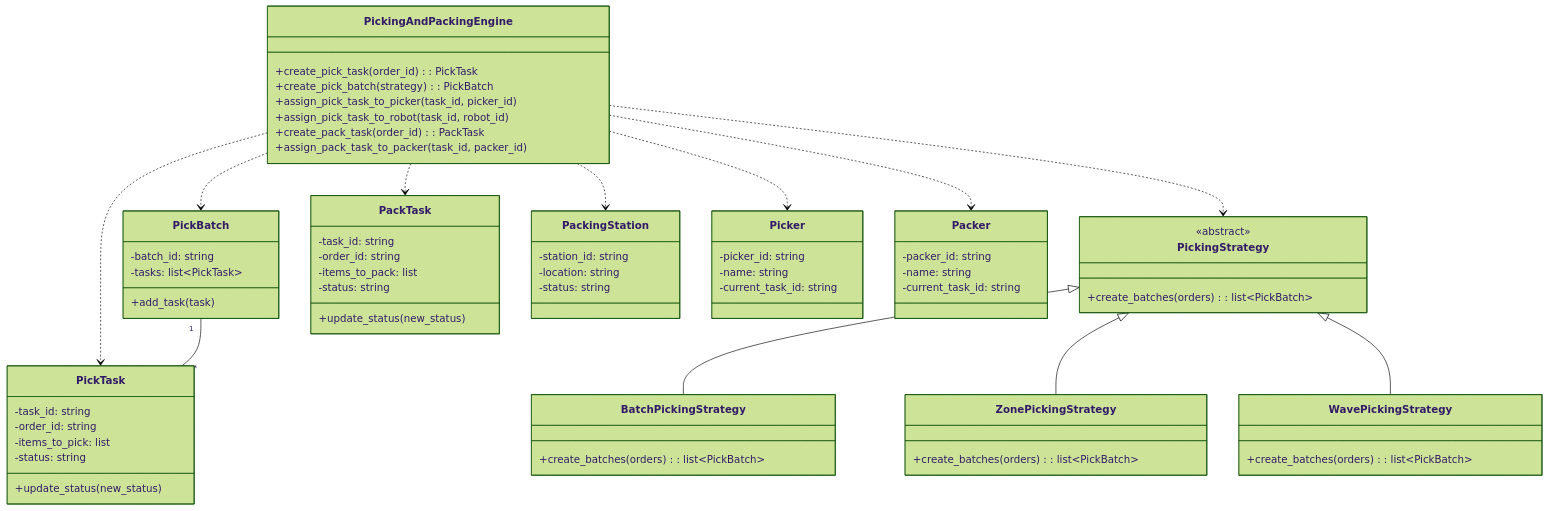
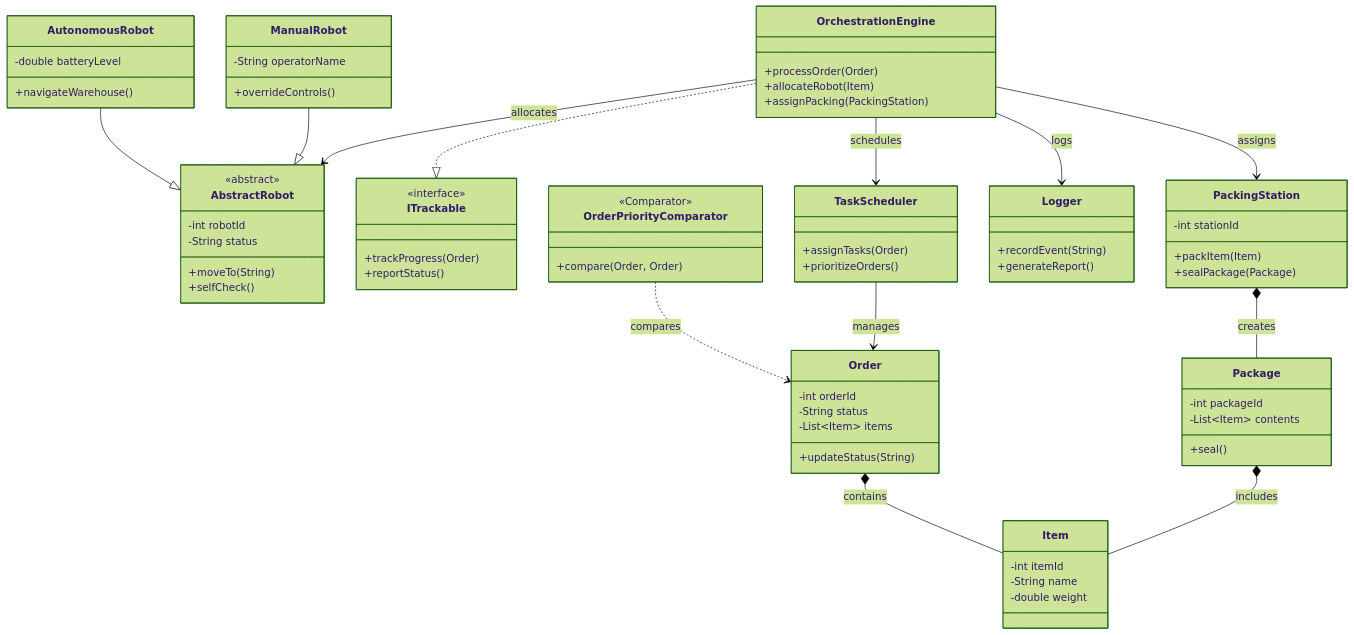
The diagram in Picking_&_Packing_Orchestration_Engine(Kushi)/uml.md (OmkarShr/Project-Apex), drawn with Mermaid (forest theme) before and after one commit.

````diff
--- a/Picking_&_Packing_Orchestration_Engine(Kushi)/uml.md
+++ b/Picking_&_Packing_Orchestration_Engine(Kushi)/uml.md
@@ -1,69 +1,92 @@
 ```mermaid
 classDiagram
-    class PickingAndPackingEngine {
-        +create_pick_task(order_id): PickTask
-        +create_pick_batch(strategy): PickBatch
-        +assign_pick_task_to_picker(task_id, picker_id)
-        +assign_pick_task_to_robot(task_id, robot_id)
-        +create_pack_task(order_id): PackTask
-        +assign_pack_task_to_packer(task_id, packer_id)
+ 
+   %% Abstract Class
+    class AbstractRobot {
+      <<abstract>>
+      -int robotId
+      -String status
+      +moveTo(String)
+      +selfCheck()
     }
-    class PickTask {
-        -task_id: string
-        -order_id: string
-        -items_to_pick: list
-        -status: string
-        +update_status(new_status)
+    class AutonomousRobot {
+      -double batteryLevel
+      +navigateWarehouse()
     }
-    class PickBatch {
-        -batch_id: string
-        -tasks: list~PickTask~
-        +add_task(task)
+    class ManualRobot {
+      -String operatorName
+      +overrideControls()
     }
-    class PickingStrategy {
-        <<abstract>>
-        +create_batches(orders): list~PickBatch~
+    %% Interface
+    class ITrackable {
+      <<interface>>
+      +trackProgress(Order)
+      +reportStatus()
     }
-    class BatchPickingStrategy {
-        +create_batches(orders): list~PickBatch~
+    %% Comparator
+    class OrderPriorityComparator {
+      <<Comparator>>
+      +compare(Order, Order)
     }
-    class ZonePickingStrategy {
-        +create_batches(orders): list~PickBatch~
+    %% Core Orchestration
+    class OrchestrationEngine {
+      +processOrder(Order)
+      +allocateRobot(Item)
+      +assignPacking(PackingStation)
     }
-    class WavePickingStrategy {
-        +create_batches(orders): list~PickBatch~
+    class TaskScheduler {
+      +assignTasks(Order)
+      +prioritizeOrders()
     }
-    class PackTask {
-        -task_id: string
-        -order_id: string
-        -items_to_pack: list
-        -status: string
-        +update_status(new_status)
+    class Logger {
+      +recordEvent(String)
+      +generateReport()
     }
+    %% Orders and Items
+    class Order {
+      -int orderId
+      -String status
+      -List~Item~ items
+      +updateStatus(String)
+    }
+    class Item {
+      -int itemId
+      -String name
+      -double weight
+    }
+    class Package {
+      -int packageId
+      -List~Item~ contents
+      +seal()
+    }
+    %% Packing
     class PackingStation {
-        -station_id: string
-        -location: string
-        -status: string
+    
+
+
+
+  -int stationId
+      +packItem(Item)
+      +sealPackage(Package)
     }
-    class Picker {
-        -picker_id: string
-        -name: string
-        -current_task_id: string
-    }
-    class Packer {
-        -packer_id: string
-        -name: string
-        -current_task_id: string
-    }
-    PickingAndPackingEngine ..> PickTask
-    PickingAndPackingEngine ..> PickBatch
-    PickingAndPackingEngine ..> PickingStrategy
-    PickingAndPackingEngine ..> PackTask
-    PickingStrategy <|-- BatchPickingStrategy
-    PickingStrategy <|-- ZonePickingStrategy
-    PickingStrategy <|-- WavePickingStrategy
-    PickBatch "1" -- "*" PickTask
-    PickingAndPackingEngine ..> Picker
-    PickingAndPackingEngine ..> Packer
-    PickingAndPackingEngine ..> PackingStation
+    %% Generalization
+    AutonomousRobot --|> AbstractRobot
+    ManualRobot --|> AbstractRobot
+
+    %% Interface implementation
+    OrchestrationEngine ..|> ITrackable
+
+    %% Comparator usage
+    OrderPriorityComparator ..> Order : compares
+
+    %% Associations
+    OrchestrationEngine --> TaskScheduler : schedules
+    OrchestrationEngine --> Logger : logs
+    OrchestrationEngine --> AbstractRobot : allocates
+    OrchestrationEngine --> PackingStation : assigns
+    TaskScheduler --> Order : manages
+    Order *-- Item : contains
+    Package *-- Item : includes
+    PackingStation *-- Package : creates
+
 ```
````
